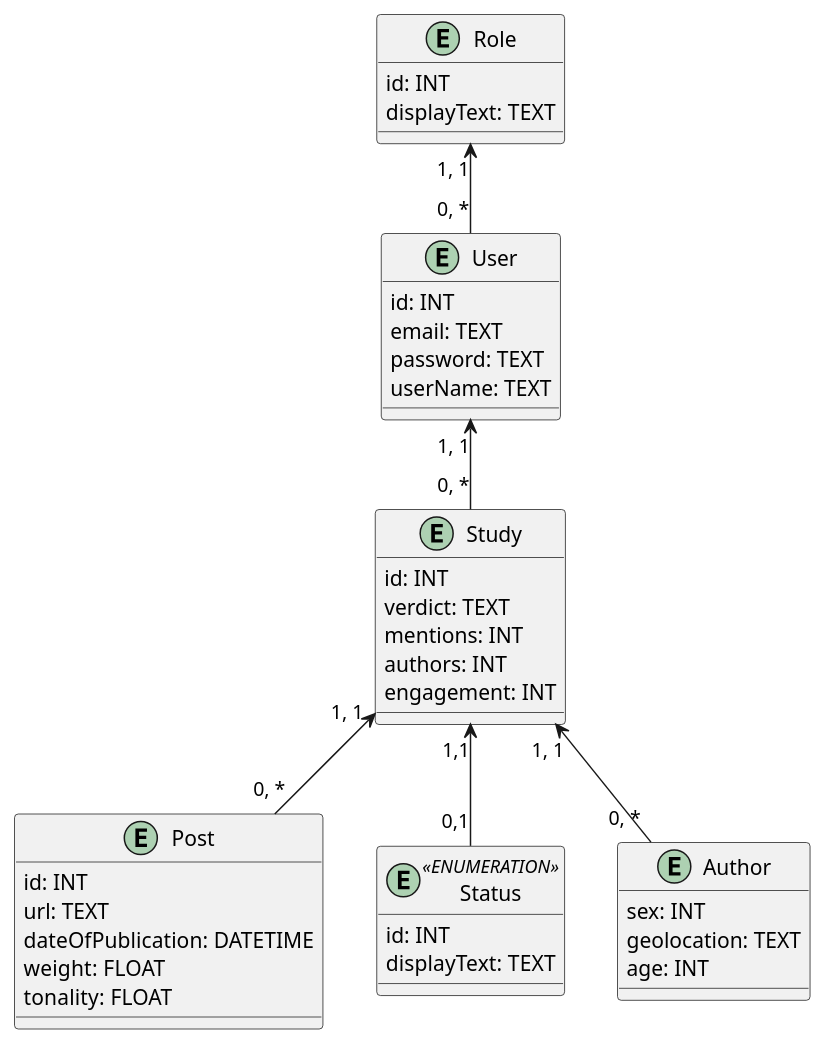
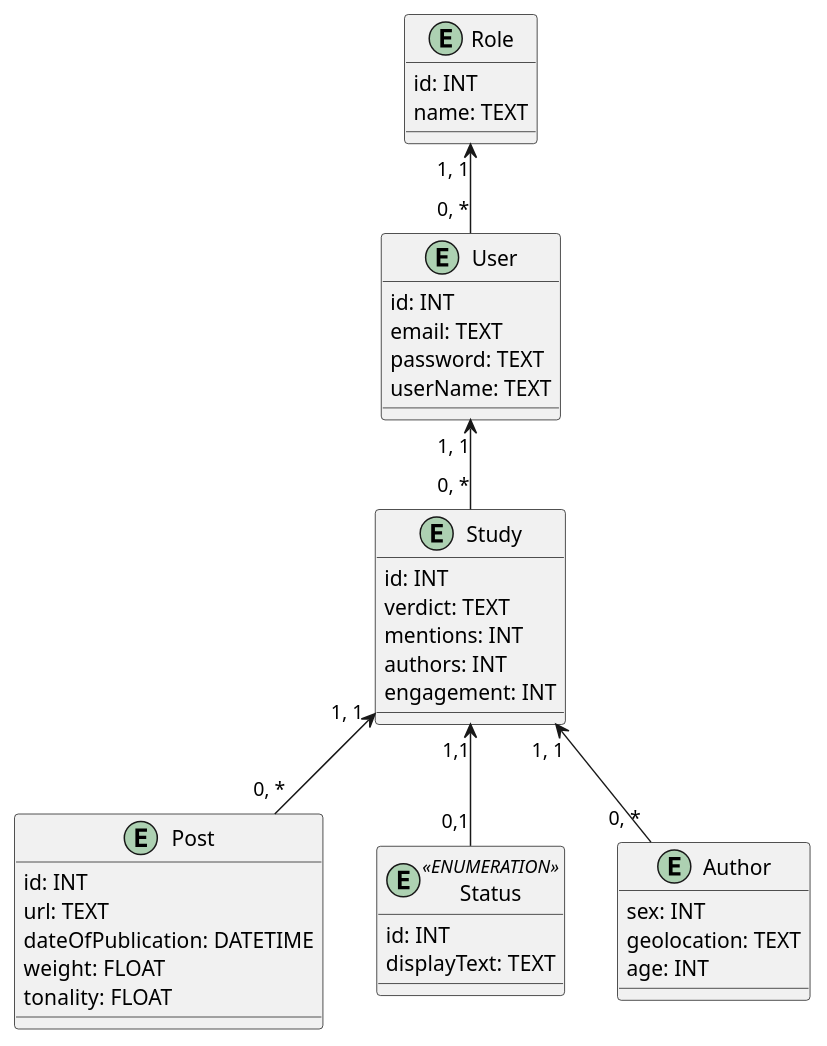
One commit to kpi-wolves/edu_db_labs changed the second of 2 diagrams in docs/design/README.md. Above: the diagram before and after it, drawn with PlantUML. The commit also changed other lines of this file, not shown here.

Commit message:
fix: Change Role.displayText to Role.name

```diff
--- a/docs/design/README.md
+++ b/docs/design/README.md
@@ -82,48 +82,48 @@
 @startuml 
 
 entity Role  {
   id: INT 
-  displayText: TEXT 
+  name: TEXT 
 }
 
 entity User { 
   id: INT 
   email: TEXT 
   password: TEXT 
   userName: TEXT  
 }
 
 entity Study  {  
   id: INT  
   verdict: TEXT
   mentions: INT
   authors: INT
   engagement: INT
 }
 
 entity Post {
   id: INT
   url: TEXT
   dateOfPublication: DATETIME
   weight: FLOAT
   tonality: FLOAT
 }
 
 entity Status <<ENUMERATION>>{
   id: INT
   displayText: TEXT
 }
 
 entity Author {
   sex: INT
   geolocation: TEXT
   age: INT
 }
 
 Role "1, 1" <-- "0, *" User  
 User "1, 1" <-- "0, *" Study
 Study "1, 1" <-- "0, *" Post
 Study "1, 1" <-- "0, *" Author
 Study "1,1" <-- "0,1" Status
 
 @enduml
```
